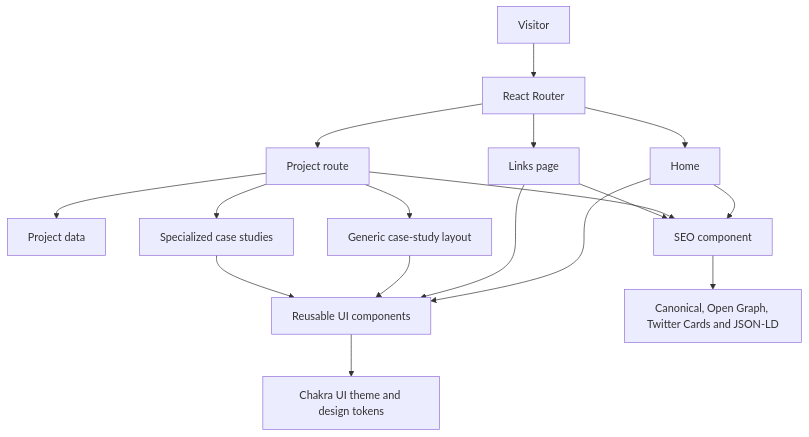
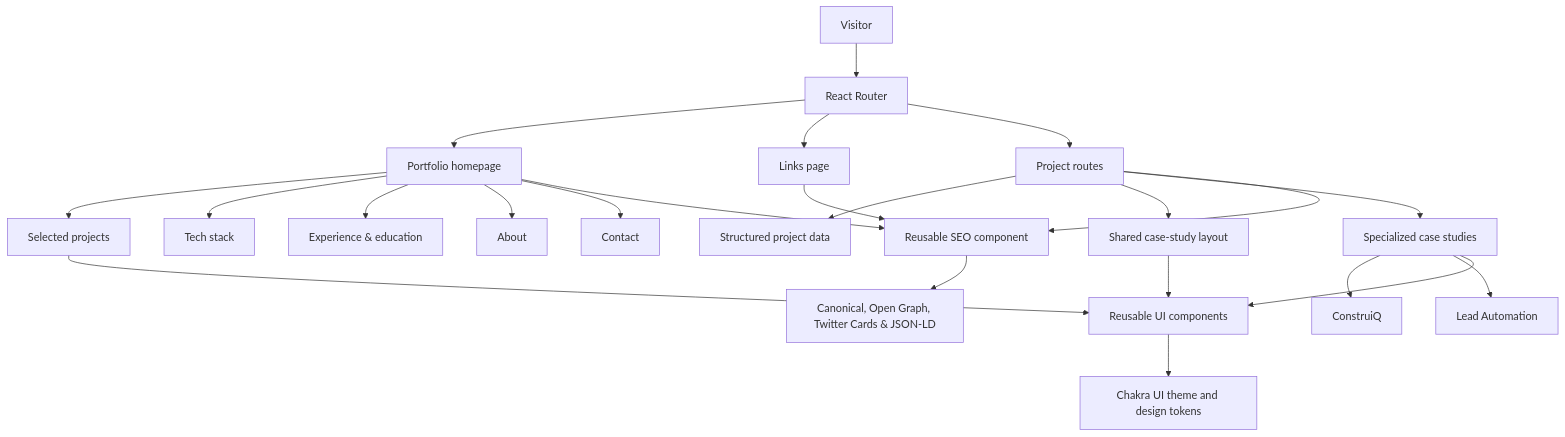
Before and after one commit to comscijb/jean-borges-dev-portfolio: the diagram in README.md, drawn with Mermaid. The commit also changed other lines of this file and 1 other file, not shown here.

````diff
--- a/README.md
+++ b/README.md
@@ -98,24 +162,33 @@
 ```mermaid
 flowchart TD
     USER["Visitor"] --> ROUTER["React Router"]
-    ROUTER --> HOME["Home"]
+
+    ROUTER --> HOME["Portfolio homepage"]
     ROUTER --> LINKS["Links page"]
-    ROUTER --> PROJECT["Project route"]
+    ROUTER --> PROJECT["Project routes"]
 
-    PROJECT --> DATA["Project data"]
-    PROJECT --> GENERIC["Generic case-study layout"]
+    HOME --> PROJECTS["Selected projects"]
+    HOME --> STACK["Tech stack"]
+    HOME --> EXPERIENCE["Experience & education"]
+    HOME --> ABOUT["About"]
+    HOME --> CONTACT["Contact"]
+
+    PROJECT --> DATA["Structured project data"]
+    PROJECT --> GENERIC["Shared case-study layout"]
     PROJECT --> CUSTOM["Specialized case studies"]
 
-    HOME --> UI["Reusable UI components"]
-    LINKS --> UI
+    CUSTOM --> CONSTRUIQ["ConstruiQ"]
+    CUSTOM --> LEADS["Lead Automation"]
+
+    PROJECTS --> UI["Reusable UI components"]
     GENERIC --> UI
     CUSTOM --> UI
 
     UI --> THEME["Chakra UI theme and design tokens"]
 
-    HOME --> SEO["SEO component"]
+    HOME --> SEO["Reusable SEO component"]
     PROJECT --> SEO
     LINKS --> SEO
 
-    SEO --> META["Canonical, Open Graph, Twitter Cards and JSON-LD"]
+    SEO --> META["Canonical, Open Graph, Twitter Cards & JSON-LD"]
 ```
````
